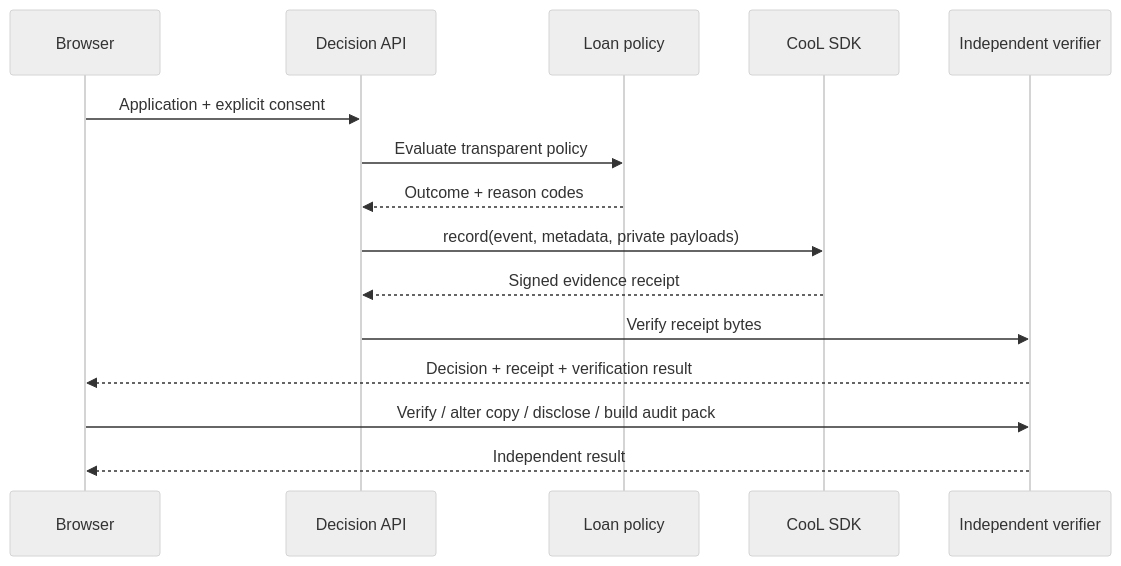
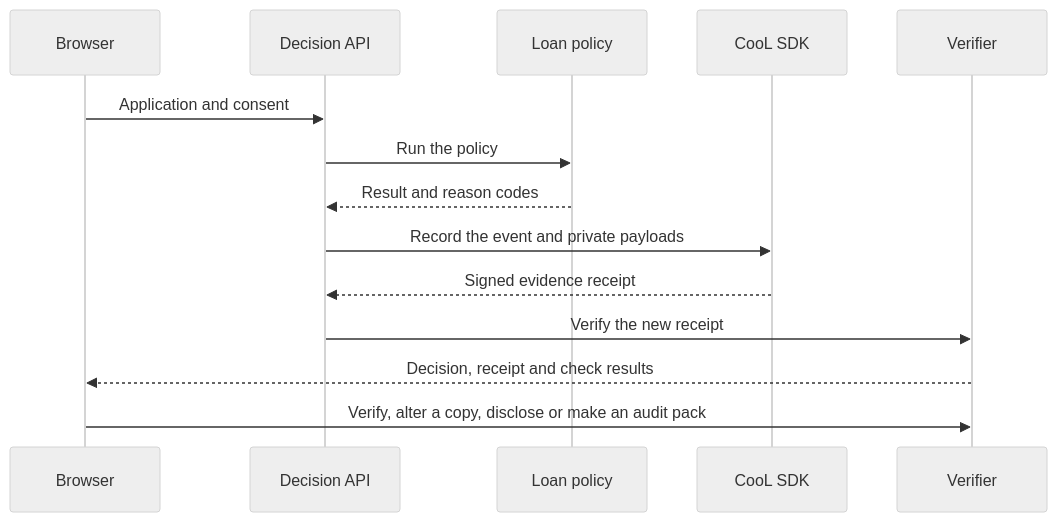
Before and after one commit to praveen8723/decisionproof: the diagram in README.md, drawn with Mermaid (neutral theme). The commit also changed other lines of this file and 1 other file, not shown here.

````diff
--- a/README.md
+++ b/README.md
@@ -45,18 +38,17 @@
 ```mermaid
 sequenceDiagram
-    participant B as Browser
-    participant A as Decision API
-    participant P as Loan policy
-    participant C as CooL SDK
-    participant V as Independent verifier
+    participant User as Browser
+    participant API as Decision API
+    participant Rule as Loan policy
+    participant CooL as CooL SDK
+    participant Check as Verifier
 
-    B->>A: Application + explicit consent
-    A->>P: Evaluate transparent policy
-    P-->>A: Outcome + reason codes
-    A->>C: record(event, metadata, private payloads)
-    C-->>A: Signed evidence receipt
-    A->>V: Verify receipt bytes
-    V-->>B: Decision + receipt + verification result
-    B->>V: Verify / alter copy / disclose / build audit pack
-    V-->>B: Independent result
+    User->>API: Application and consent
+    API->>Rule: Run the policy
+    Rule-->>API: Result and reason codes
+    API->>CooL: Record the event and private payloads
+    CooL-->>API: Signed evidence receipt
+    API->>Check: Verify the new receipt
+    Check-->>User: Decision, receipt and check results
+    User->>Check: Verify, alter a copy, disclose or make an audit pack
 ```
````
